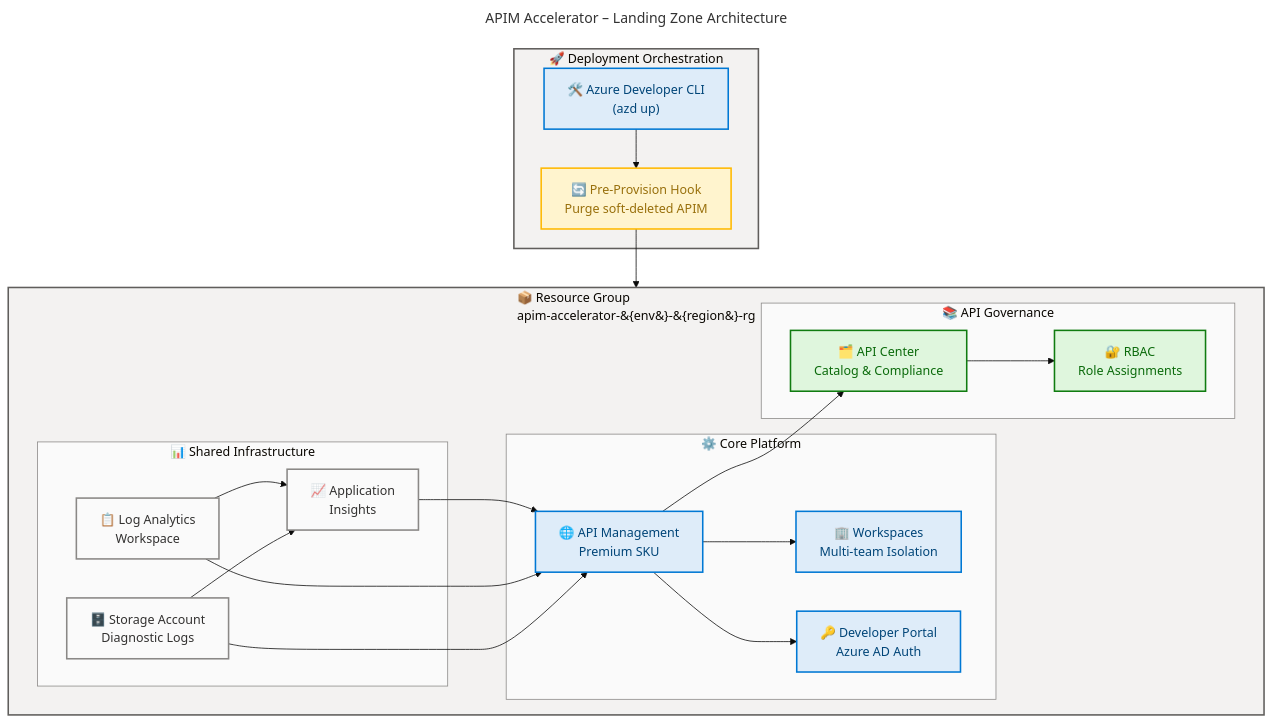
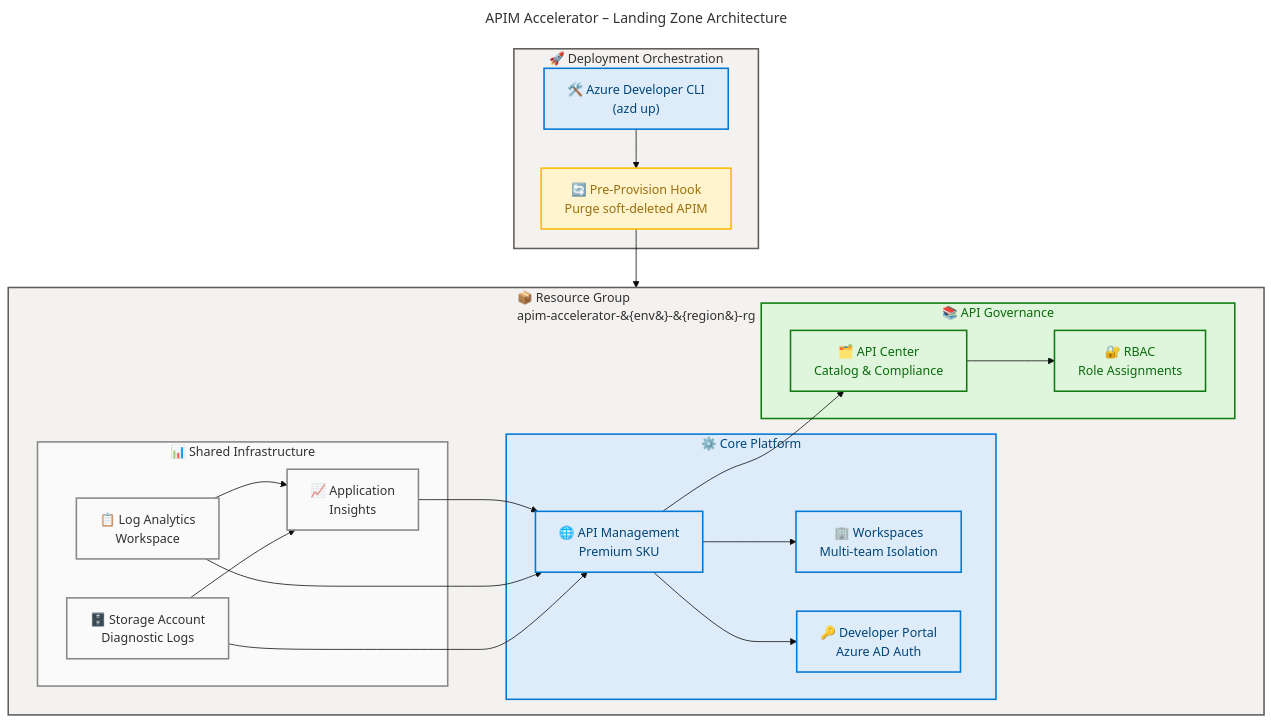
Before and after one commit to Evilazaro/APIM-Accelerator: the diagram in README.md, drawn with Mermaid.

Commit message:
Enhance README.md: Update flowchart styles for improved accessibility and add theme variables for better customization

````diff
--- a/README.md
+++ b/README.md
@@ -47,70 +47,74 @@
 ```mermaid
 ---
 title: "APIM Accelerator – Landing Zone Architecture"
 config:
   theme: base
   look: classic
   layout: dagre
+  themeVariables:
+    fontSize: '16px'
   flowchart:
     htmlLabels: true
 ---
 flowchart TB
     accTitle: APIM Accelerator Landing Zone Architecture
     accDescr: Shows deployment orchestration flowing into three layers - shared infrastructure, core platform, and API governance - within a single resource group
 
     %% ═══════════════════════════════════════════════════════════════════════════
     %% AZURE / FLUENT ARCHITECTURE PATTERN v1.1
+    %% (Semantic + Structural + Font + Accessibility Governance)
+    %% ═══════════════════════════════════════════════════════════════════════════
     %% PHASE 1 - STRUCTURAL: Direction explicit, flat topology, nesting ≤ 3
     %% PHASE 2 - SEMANTIC: Colors justified, max 5 semantic classes, neutral-first
     %% PHASE 3 - FONT: Dark text on light backgrounds, contrast ≥ 4.5:1
     %% PHASE 4 - ACCESSIBILITY: accTitle/accDescr present, icons on all nodes
     %% PHASE 5 - STANDARD: Governance block present, classDefs centralized
     %% ═══════════════════════════════════════════════════════════════════════════
 
     subgraph Orchestration["🚀 Deployment Orchestration"]
         AZD["🛠️ Azure Developer CLI<br/>(azd up)"]:::core
         HOOK["🔄 Pre-Provision Hook<br/>Purge soft-deleted APIM"]:::warning
     end
 
     subgraph RG["📦 Resource Group<br/>apim-accelerator-&#123;env&#125;-&#123;region&#125;-rg"]
         subgraph Shared["📊 Shared Infrastructure"]
             LAW["📋 Log Analytics<br/>Workspace"]:::neutral
             AI["📈 Application<br/>Insights"]:::neutral
             SA["🗄️ Storage Account<br/>Diagnostic Logs"]:::neutral
         end
 
         subgraph Core["⚙️ Core Platform"]
             APIM["🌐 API Management<br/>Premium SKU"]:::core
             WS["🏢 Workspaces<br/>Multi-team Isolation"]:::core
             DP["🔑 Developer Portal<br/>Azure AD Auth"]:::core
         end
 
         subgraph Inventory["📚 API Governance"]
             AC["🗂️ API Center<br/>Catalog & Compliance"]:::success
             RBAC["🔐 RBAC<br/>Role Assignments"]:::success
         end
     end
 
     AZD --> HOOK --> RG
     LAW --> AI
     SA --> AI
     AI --> APIM
     LAW --> APIM
     SA --> APIM
     APIM --> WS
     APIM --> DP
     APIM --> AC
     AC --> RBAC
 
-    style Orchestration fill:#F3F2F1,stroke:#605E5C,stroke-width:2px
-    style RG fill:#F3F2F1,stroke:#605E5C,stroke-width:2px
-    style Shared fill:#FAFAFA,stroke:#8A8886,stroke-width:1px
-    style Core fill:#FAFAFA,stroke:#8A8886,stroke-width:1px
-    style Inventory fill:#FAFAFA,stroke:#8A8886,stroke-width:1px
+    style Orchestration fill:#F3F2F1,stroke:#605E5C,stroke-width:2px,color:#323130
+    style RG fill:#F3F2F1,stroke:#605E5C,stroke-width:2px,color:#323130
+    style Shared fill:#FAFAFA,stroke:#8A8886,stroke-width:2px,color:#323130
+    style Core fill:#DEECF9,stroke:#0078D4,stroke-width:2px,color:#004578
+    style Inventory fill:#DFF6DD,stroke:#107C10,stroke-width:2px,color:#0B6A0B
 
     %% Centralized semantic classDefs (Phase 5 compliant)
     classDef core fill:#DEECF9,stroke:#0078D4,stroke-width:2px,color:#004578
     classDef success fill:#DFF6DD,stroke:#107C10,stroke-width:2px,color:#0B6A0B
     classDef warning fill:#FFF4CE,stroke:#FFB900,stroke-width:2px,color:#986F0B
     classDef neutral fill:#FAFAFA,stroke:#8A8886,stroke-width:2px,color:#323130
 ```
````
